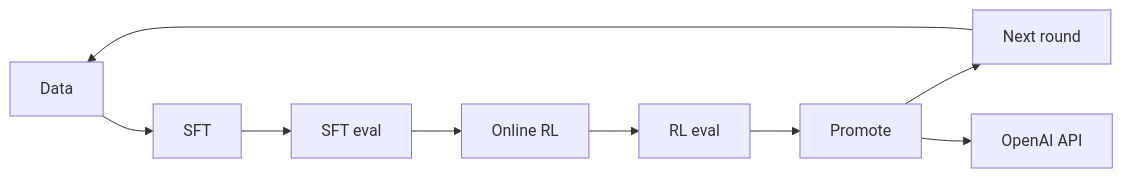
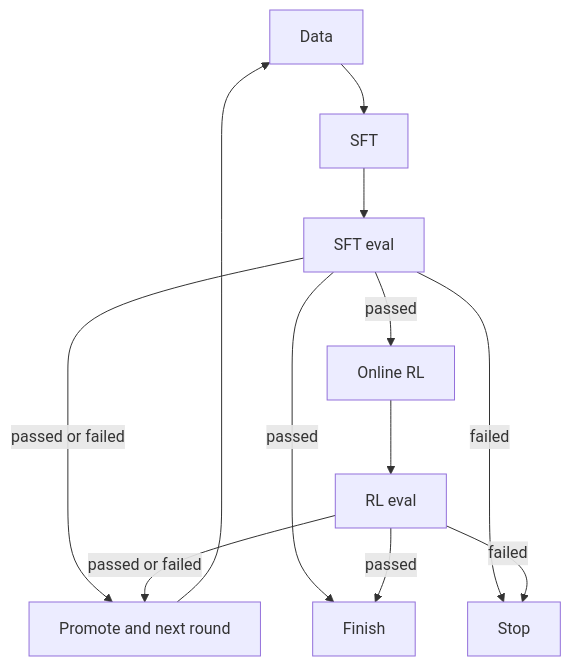
Before and after one commit to achievec/ms-swift: the diagram in rsi/README.md, drawn with Mermaid. The commit also changed other lines of this file and 12 other files, not shown here.

````diff
--- a/rsi/README.md
+++ b/rsi/README.md
@@ -11,7 +11,13 @@
 ```mermaid
-flowchart LR
-  data[Data] --> sft[SFT] --> se[SFT eval] --> rl[Online RL] --> re[RL eval] --> promo[Promote]
-  promo --> nxt[Next round]
+flowchart TD
+  data[Data] --> sft[SFT] --> se[SFT eval]
+  se -->|passed| rl[Online RL]
+  se -->|passed or failed| nxt[Promote and next round]
+  se -->|passed| done[Finish]
+  se -->|failed| stop[Stop]
+  rl --> re[RL eval]
+  re -->|passed or failed| nxt
+  re -->|passed| done
+  re -->|failed| stop
   nxt --> data
-  promo --> serve[OpenAI API]
 ```
````
